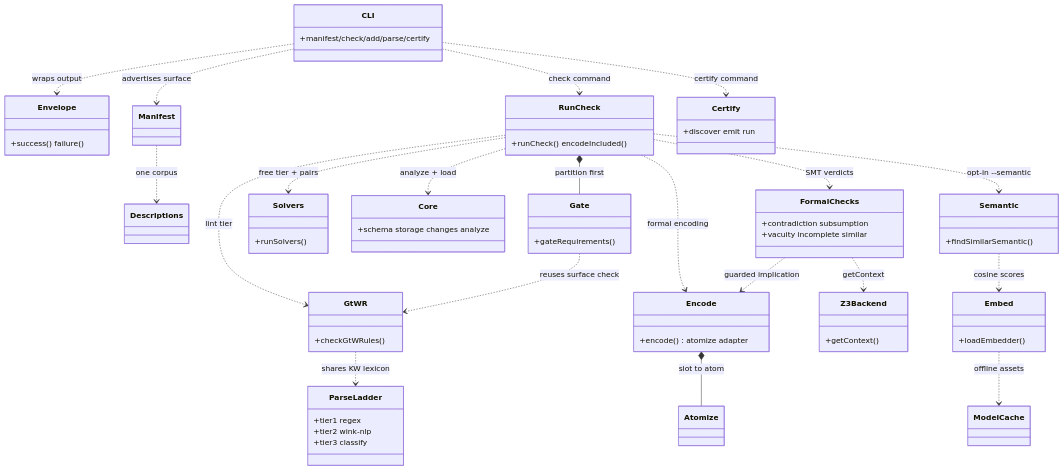
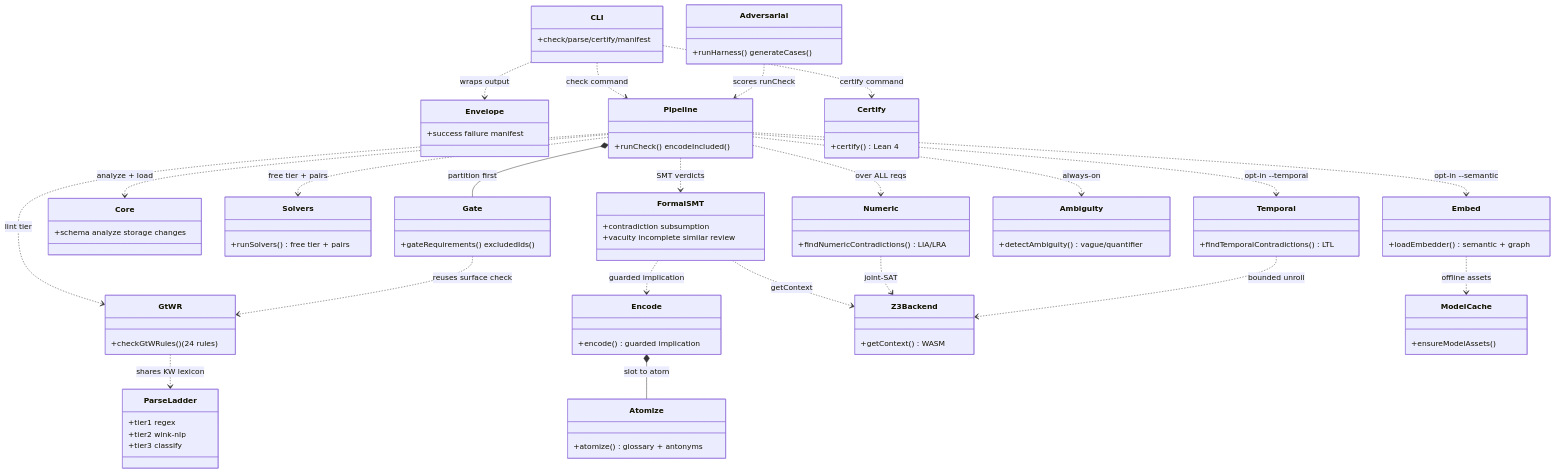
Before and after one commit to theagenticguy/symspec: the diagram in docs/diagrams/architecture/components.md, drawn with Mermaid. The commit also changed other lines of this file and 19 other files, not shown here.

````diff
--- a/docs/diagrams/architecture/components.md
+++ b/docs/diagrams/architecture/components.md
@@ -5,18 +5,19 @@
 ```mermaid
 classDiagram
     class CLI {
-        +manifest/check/add/parse/certify
+        +check/parse/certify/manifest
     }
     class Envelope {
-        +success() failure()
+        +success failure manifest
     }
-    class Manifest
-    class Descriptions
-    class RunCheck {
+    class Pipeline {
         +runCheck() encodeIncluded()
     }
     class Gate {
-        +gateRequirements()
+        +gateRequirements() excludedIds()
+    }
+    class Core {
+        +schema analyze storage changes
     }
     class ParseLadder {
         +tier1 regex
@@ -24,53 +25,65 @@
         +tier3 classify
     }
     class GtWR {
-        +checkGtWRules()
+        +checkGtWRules() (24 rules)
     }
     class Solvers {
-        +runSolvers()
+        +runSolvers() free tier + pairs
     }
-    class Core {
-        +schema storage changes analyze
+    class FormalSMT {
+        +contradiction subsumption
+        +vacuity incomplete similar review
     }
     class Encode {
-        +encode() atomize adapter
+        +encode() guarded implication
     }
-    class Atomize
+    class Atomize {
+        +atomize() glossary + antonyms
+    }
     class Z3Backend {
-        +getContext()
+        +getContext() WASM
     }
-    class FormalChecks {
-        +contradiction subsumption
-        +vacuity incomplete similar
+    class Numeric {
+        +findNumericContradictions() LIA/LRA
     }
-    class Semantic {
-        +findSimilarSemantic()
+    class Temporal {
+        +findTemporalContradictions() LTL
+    }
+    class Ambiguity {
+        +detectAmbiguity() vague/quantifier
     }
     class Embed {
-        +loadEmbedder()
+        +loadEmbedder() semantic + graph
     }
-    class ModelCache
+    class ModelCache {
+        +ensureModelAssets()
+    }
     class Certify {
-        +discover emit run
+        +certify() Lean 4
+    }
+    class Adversarial {
+        +runHarness() generateCases()
     }
 
     CLI ..> Envelope : wraps output
-    CLI ..> Manifest : advertises surface
-    CLI ..> RunCheck : check command
+    CLI ..> Pipeline : check command
     CLI ..> Certify : certify command
-    Manifest ..> Descriptions : one corpus
-    RunCheck *-- Gate : partition first
-    RunCheck ..> Core : analyze + load
-    RunCheck ..> GtWR : lint tier
-    RunCheck ..> Solvers : free tier + pairs
-    RunCheck ..> Encode : formal encoding
-    RunCheck ..> FormalChecks : SMT verdicts
-    RunCheck ..> Semantic : opt-in --semantic
+    Pipeline *-- Gate : partition first
+    Pipeline ..> Core : analyze + load
+    Pipeline ..> GtWR : lint tier
+    Pipeline ..> Solvers : free tier + pairs
+    Pipeline ..> Ambiguity : always-on
+    Pipeline ..> FormalSMT : SMT verdicts
+    Pipeline ..> Numeric : over ALL reqs
+    Pipeline ..> Temporal : opt-in --temporal
+    Pipeline ..> Embed : opt-in --semantic
     Gate ..> GtWR : reuses surface check
     GtWR ..> ParseLadder : shares KW lexicon
+    FormalSMT ..> Encode : guarded implication
+    FormalSMT ..> Z3Backend : getContext
     Encode *-- Atomize : slot to atom
-    FormalChecks ..> Z3Backend : getContext
-    FormalChecks ..> Encode : guarded implication
-    Semantic ..> Embed : cosine scores
+    Numeric ..> Z3Backend : joint-SAT
+    Temporal ..> Z3Backend : bounded unroll
     Embed ..> ModelCache : offline assets
+    Adversarial ..> Pipeline : scores runCheck
 ```
````
